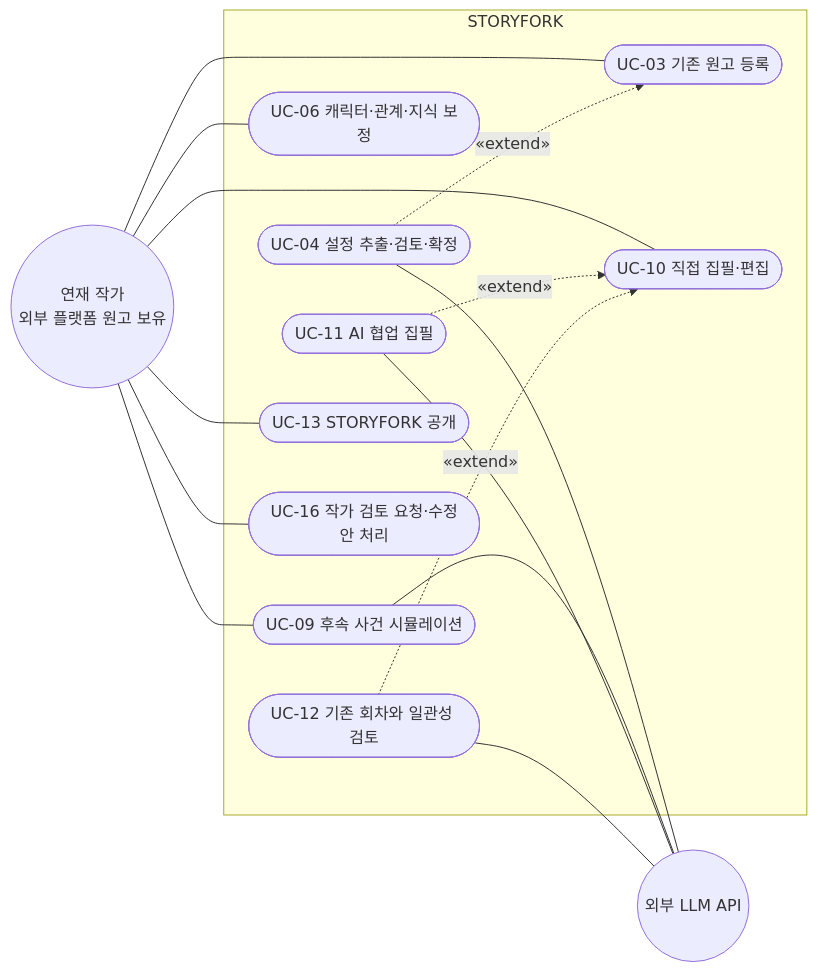
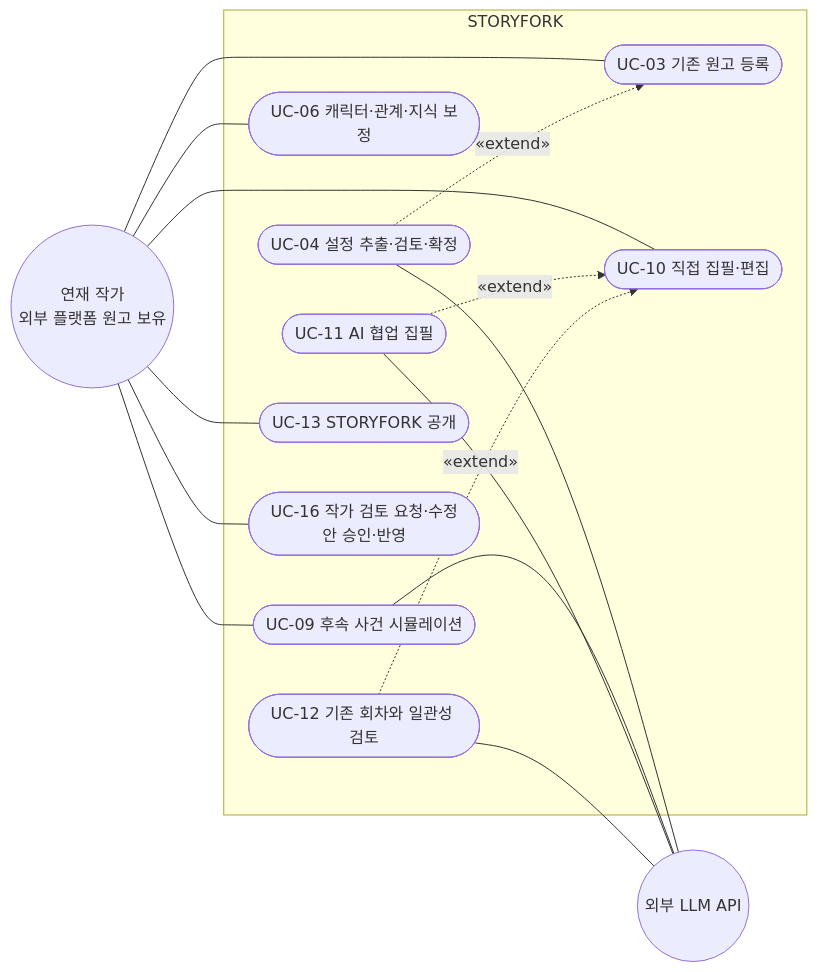
Before and after one commit to SKNETWORKS-FAMILY-AICAMP/SKN34-FINAL-4TEAM: the fourth of 9 diagrams in docs/usecase.md, drawn with Mermaid. The commit also changed other lines of this file and 1 other file, not shown here.

````diff
--- a/docs/usecase.md
+++ b/docs/usecase.md
@@ -202,29 +202,29 @@
 ```mermaid
 flowchart LR
   S(("연재 작가<br/>외부 플랫폼 원고 보유"))
   L(("외부 LLM API"))
   subgraph SYS["STORYFORK"]
     U03(["UC-03 기존 원고 등록"])
     U04(["UC-04 설정 추출·검토·확정"])
     U06(["UC-06 캐릭터·관계·지식 보정"])
     U09(["UC-09 후속 사건 시뮬레이션"])
     U10(["UC-10 직접 집필·편집"])
     U11(["UC-11 AI 협업 집필"])
     U12(["UC-12 기존 회차와 일관성 검토"])
     U13(["UC-13 STORYFORK 공개"])
-    U16(["UC-16 작가 검토 요청·수정안 처리"])
+    U16(["UC-16 작가 검토 요청·수정안 승인·반영"])
   end
   S --- U03
   S --- U06
   S --- U09
   S --- U10
   S --- U13
   S --- U16
   U04 -.->|"«extend»"| U03
   U11 -.->|"«extend»"| U10
   U12 -.->|"«extend»"| U10
   U04 --- L
   U09 --- L
   U11 --- L
   U12 --- L
 ```
````
